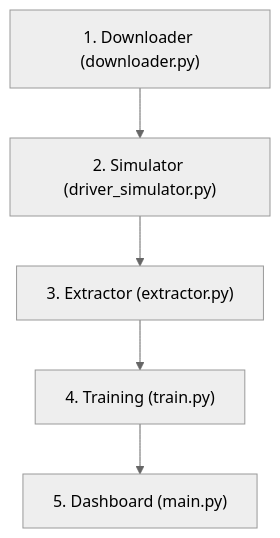
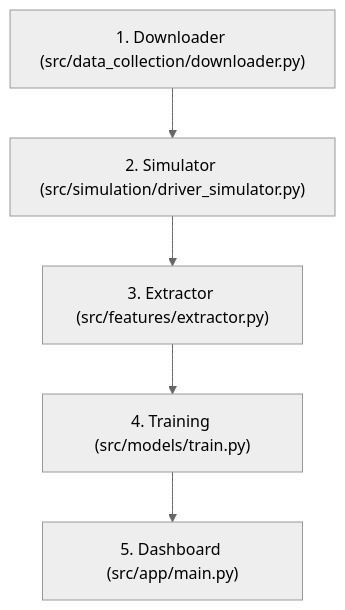
One commit to seena98/route_difficulty_ml changed the diagram in THESIS_WALKTHROUGH.md. Above: the diagram before and after it, drawn with Mermaid (neutral theme). The commit also changed other lines of this file, not shown here.

````diff
--- a/THESIS_WALKTHROUGH.md
+++ b/THESIS_WALKTHROUGH.md
@@ -73,7 +73,7 @@
 ```mermaid
 flowchart TD
-    A["1. Downloader (downloader.py)"] --> B["2. Simulator (driver_simulator.py)"]
-    B --> C["3. Extractor (extractor.py)"]
-    C --> D["4. Training (train.py)"]
-    D --> E["5. Dashboard (main.py)"]
+    A["1. Downloader (src/data_collection/downloader.py)"] --> B["2. Simulator (src/simulation/driver_simulator.py)"]
+    B --> C["3. Extractor (src/features/extractor.py)"]
+    C --> D["4. Training (src/models/train.py)"]
+    D --> E["5. Dashboard (src/app/main.py)"]
 ```
````
